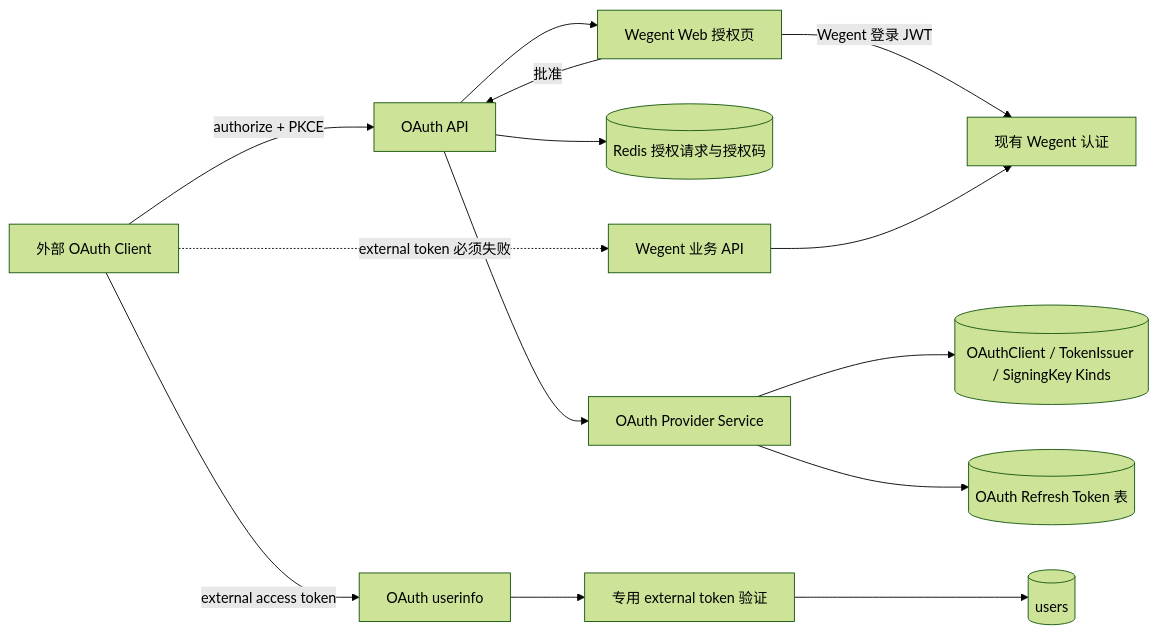
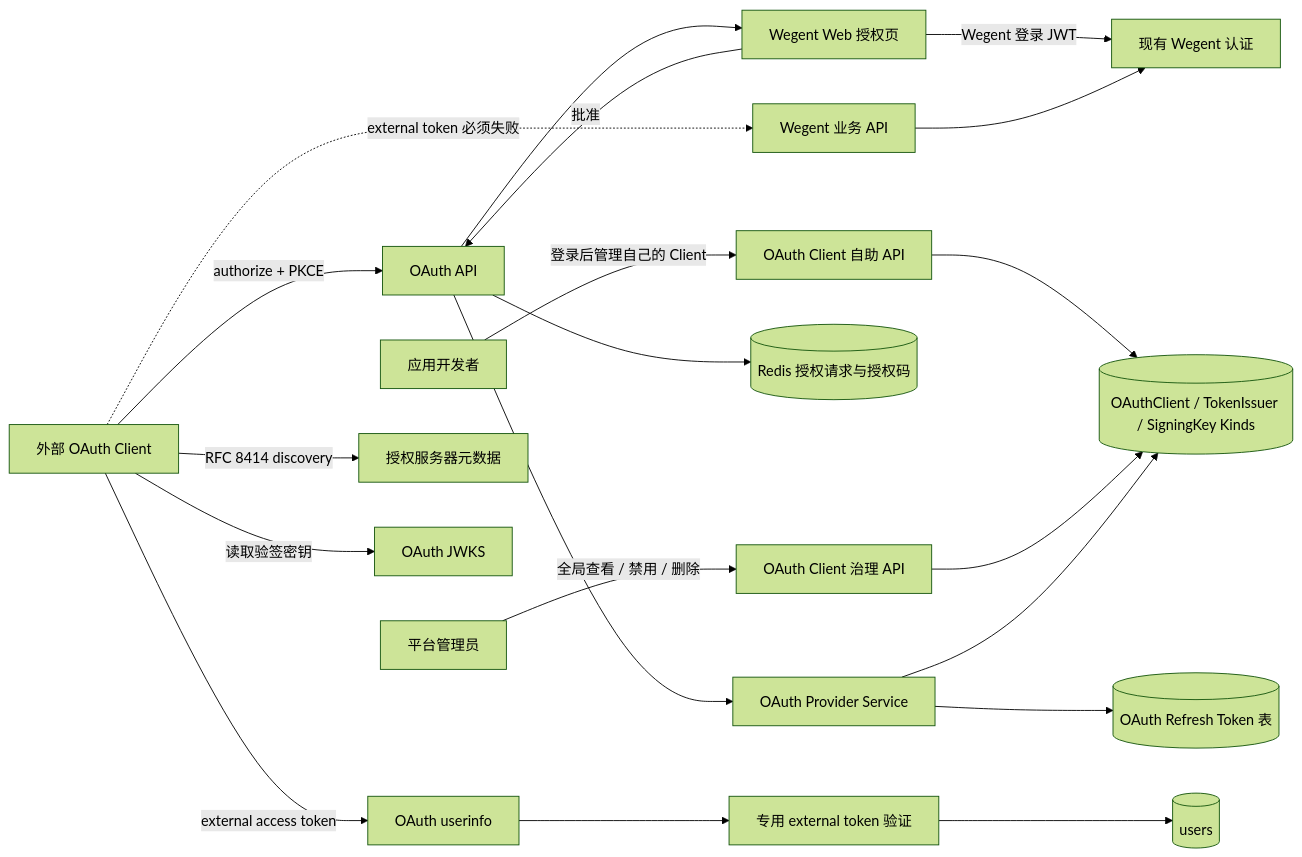
Before and after one commit to wecode-ai/Wegent: the first of 4 diagrams in docs/zh/architecture/external-oauth-provider.md, drawn with Mermaid (forest theme). The commit also changed other lines of this file and 29 other files, not shown here.

Commit message:
refactor(auth): simplify external oauth client management

````diff
--- a/docs/zh/architecture/external-oauth-provider.md
+++ b/docs/zh/architecture/external-oauth-provider.md
@@ -13,16 +15,22 @@
 ```mermaid
 flowchart LR
+    Developer[应用开发者] -->|登录后管理自己的 Client| ClientAPI[OAuth Client 自助 API]
+    Admin[平台管理员] -->|全局查看 / 禁用 / 删除| AdminClientAPI[OAuth Client 治理 API]
+    ClientAPI --> Kinds
+    AdminClientAPI --> Kinds
     Client[外部 OAuth Client] -->|authorize + PKCE| OAuthAPI[OAuth API]
     OAuthAPI --> Consent[Wegent Web 授权页]
     Consent -->|Wegent 登录 JWT| SessionAuth[现有 Wegent 认证]
     Consent -->|批准| OAuthAPI
     OAuthAPI --> Redis[(Redis 授权请求与授权码)]
     OAuthAPI --> TokenService[OAuth Provider Service]
     TokenService --> Kinds[(OAuthClient / TokenIssuer / SigningKey Kinds)]
     TokenService --> Refresh[(OAuth Refresh Token 表)]
+    Client -->|RFC 8414 discovery| Metadata[授权服务器元数据]
+    Client -->|读取验签密钥| JWKS[OAuth JWKS]
     Client -->|external access token| UserInfo[OAuth userinfo]
     UserInfo --> ExternalAuth[专用 external token 验证]
     ExternalAuth --> Users[(users)]
     Client -. external token 必须失败 .-> WegentAPI[Wegent 业务 API]
     WegentAPI --> SessionAuth
 ```
````
